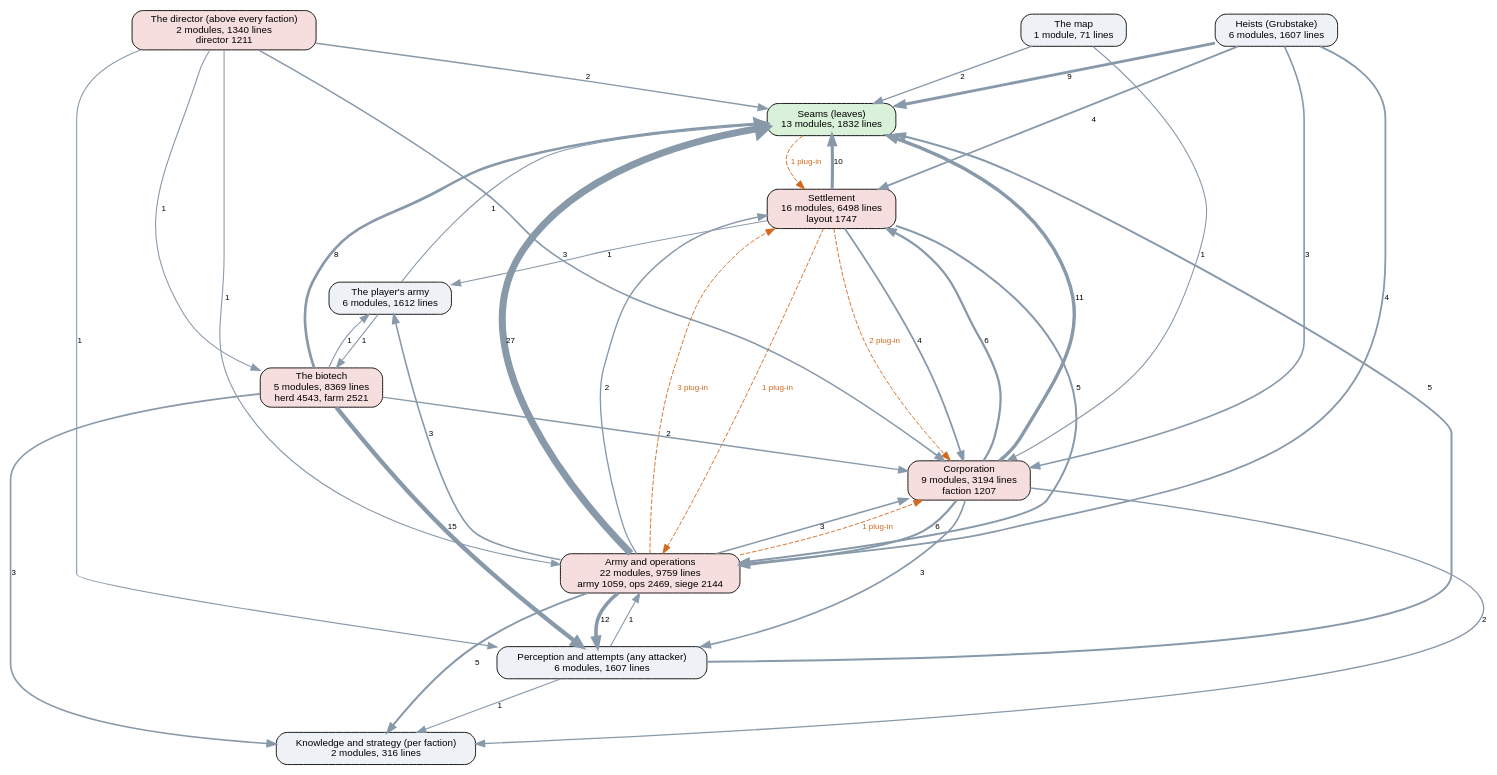
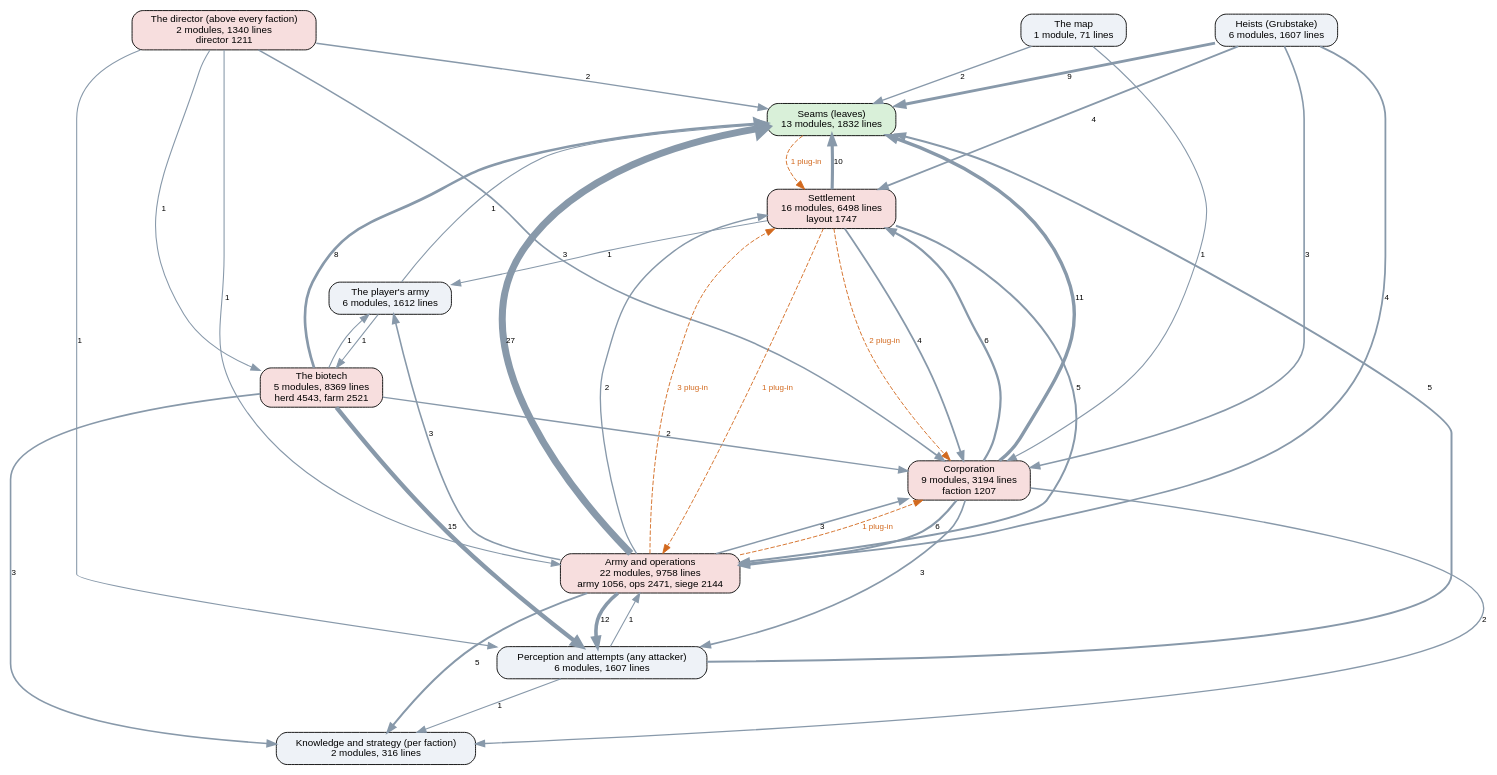
Before and after one commit to kinelhu/landing-party: the diagram in docs/ai-layers.dot, drawn with Graphviz. The commit also changed 10 other files, not shown here.

```diff
--- a/docs/ai-layers.dot
+++ b/docs/ai-layers.dot
@@ -1,57 +1,57 @@
 digraph layers {
   graph [rankdir=TB, fontname="Helvetica", nodesep=0.5, ranksep=0.7];
   node [shape=box, style="rounded,filled", fontname="Helvetica", fontsize=11, fillcolor="#eef2f7"];
   edge [color="#8899aa", fontname="Helvetica", fontsize=9];
   "Seams (leaves)" [label="Seams (leaves)\n13 modules, 1832 lines", fillcolor="#d9f0d9"];
   "Perception and attempts (any attacker)" [label="Perception and attempts (any attacker)\n6 modules, 1607 lines", fillcolor="#eef2f7"];
   "Knowledge and strategy (per faction)" [label="Knowledge and strategy (per faction)\n2 modules, 316 lines", fillcolor="#eef2f7"];
   "The director (above every faction)" [label="The director (above every faction)\n2 modules, 1340 lines\ndirector 1211", fillcolor="#f7dede"];
   "Corporation" [label="Corporation\n9 modules, 3194 lines\nfaction 1207", fillcolor="#f7dede"];
   "Settlement" [label="Settlement\n16 modules, 6498 lines\nlayout 1747", fillcolor="#f7dede"];
-  "Army and operations" [label="Army and operations\n22 modules, 9759 lines\narmy 1059, ops 2469, siege 2144", fillcolor="#f7dede"];
+  "Army and operations" [label="Army and operations\n22 modules, 9758 lines\narmy 1056, ops 2471, siege 2144", fillcolor="#f7dede"];
   "Heists (Grubstake)" [label="Heists (Grubstake)\n6 modules, 1607 lines", fillcolor="#eef2f7"];
   "The biotech" [label="The biotech\n5 modules, 8369 lines\nherd 4543, farm 2521", fillcolor="#f7dede"];
   "The map" [label="The map\n1 module, 71 lines", fillcolor="#eef2f7"];
   "The player's army" [label="The player's army\n6 modules, 1612 lines", fillcolor="#eef2f7"];
   "Army and operations" -> "Corporation" [label="3", penwidth=1.8];
   "Army and operations" -> "Knowledge and strategy (per faction)" [label="5", penwidth=2.2];
   "Army and operations" -> "Perception and attempts (any attacker)" [label="12", penwidth=4.0];
   "Army and operations" -> "Seams (leaves)" [label="27", penwidth=7.8];
   "Army and operations" -> "Settlement" [label="2", penwidth=1.5];
   "Army and operations" -> "The player's army" [label="3", penwidth=1.8];
   "Corporation" -> "Army and operations" [label="6", penwidth=2.5];
   "Corporation" -> "Knowledge and strategy (per faction)" [label="2", penwidth=1.5];
   "Corporation" -> "Perception and attempts (any attacker)" [label="3", penwidth=1.8];
   "Corporation" -> "Seams (leaves)" [label="11", penwidth=3.8];
   "Corporation" -> "Settlement" [label="6", penwidth=2.5];
   "Heists (Grubstake)" -> "Army and operations" [label="4", penwidth=2.0];
   "Heists (Grubstake)" -> "Corporation" [label="3", penwidth=1.8];
   "Heists (Grubstake)" -> "Seams (leaves)" [label="9", penwidth=3.2];
   "Heists (Grubstake)" -> "Settlement" [label="4", penwidth=2.0];
   "Perception and attempts (any attacker)" -> "Army and operations" [label="1", penwidth=1.2];
   "Perception and attempts (any attacker)" -> "Knowledge and strategy (per faction)" [label="1", penwidth=1.2];
   "Perception and attempts (any attacker)" -> "Seams (leaves)" [label="5", penwidth=2.2];
   "Settlement" -> "Army and operations" [label="5", penwidth=2.2];
   "Settlement" -> "Corporation" [label="4", penwidth=2.0];
   "Settlement" -> "Seams (leaves)" [label="10", penwidth=3.5];
   "Settlement" -> "The player's army" [label="1", penwidth=1.2];
   "The biotech" -> "Corporation" [label="2", penwidth=1.5];
   "The biotech" -> "Knowledge and strategy (per faction)" [label="3", penwidth=1.8];
   "The biotech" -> "Perception and attempts (any attacker)" [label="15", penwidth=4.8];
   "The biotech" -> "Seams (leaves)" [label="8", penwidth=3.0];
   "The biotech" -> "The player's army" [label="1", penwidth=1.2];
   "The director (above every faction)" -> "Army and operations" [label="1", penwidth=1.2];
   "The director (above every faction)" -> "Corporation" [label="3", penwidth=1.8];
   "The director (above every faction)" -> "Perception and attempts (any attacker)" [label="1", penwidth=1.2];
   "The director (above every faction)" -> "Seams (leaves)" [label="2", penwidth=1.5];
   "The director (above every faction)" -> "The biotech" [label="1", penwidth=1.2];
   "The map" -> "Corporation" [label="1", penwidth=1.2];
   "The map" -> "Seams (leaves)" [label="2", penwidth=1.5];
   "The player's army" -> "Seams (leaves)" [label="1", penwidth=1.2];
   "The player's army" -> "The biotech" [label="1", penwidth=1.2];
   "Army and operations" -> "Corporation" [style=dashed, color="#d2691e", fontcolor="#d2691e", label="1 plug-in"];
   "Army and operations" -> "Settlement" [style=dashed, color="#d2691e", fontcolor="#d2691e", label="3 plug-in"];
   "Seams (leaves)" -> "Settlement" [style=dashed, color="#d2691e", fontcolor="#d2691e", label="1 plug-in"];
   "Settlement" -> "Army and operations" [style=dashed, color="#d2691e", fontcolor="#d2691e", label="1 plug-in"];
   "Settlement" -> "Corporation" [style=dashed, color="#d2691e", fontcolor="#d2691e", label="2 plug-in"];
 }
```
